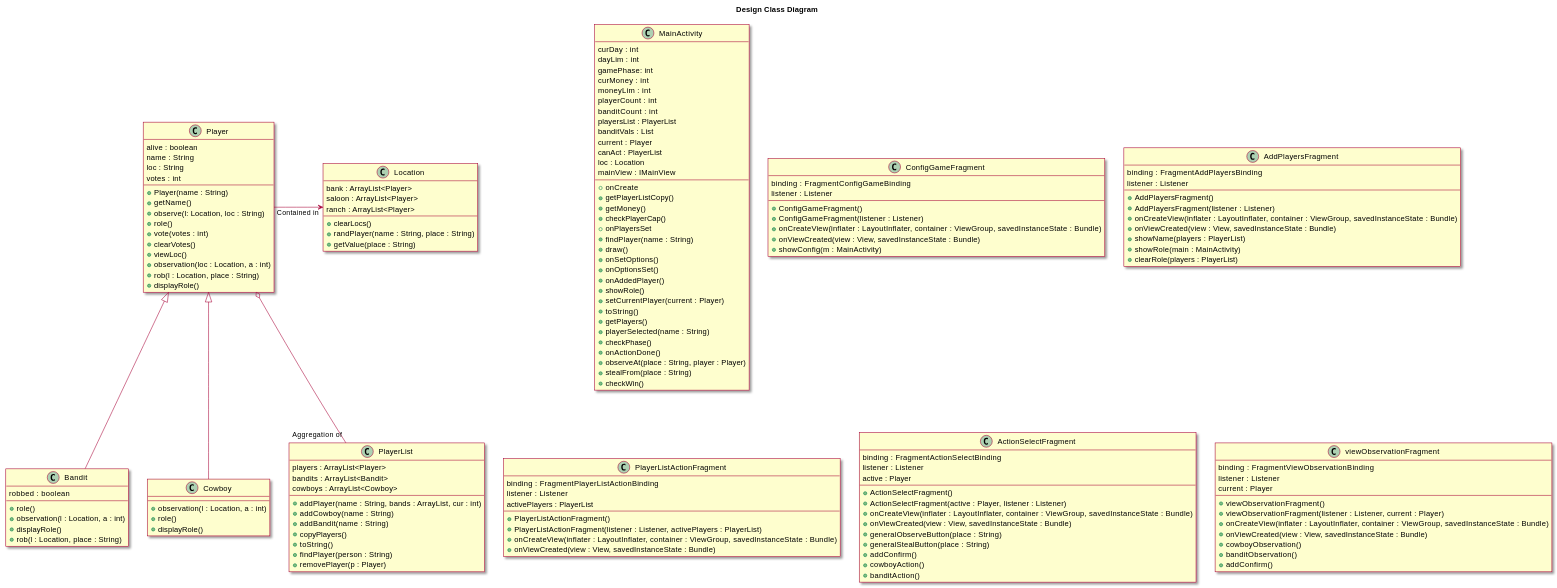
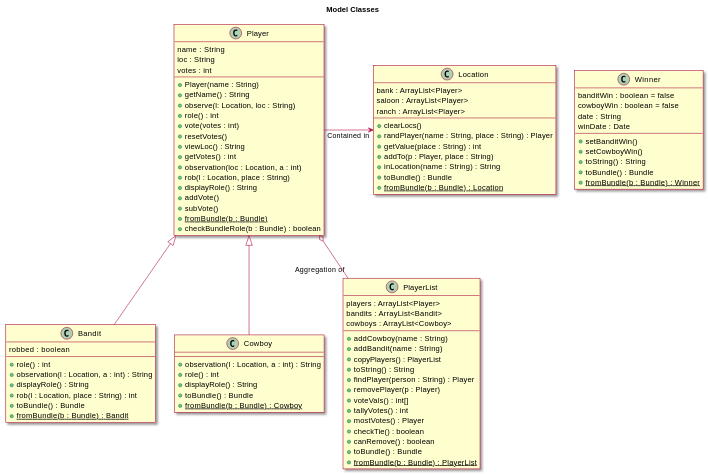
Before and after one commit to DeannaLC/AndroidProject: the sixth of 7 diagrams in intellij/doc/design.md, drawn with PlantUML. The commit also changed 35 other files, not shown here.

Commit message:
full game loop working, javadoc, working on class diagrams

````diff
--- a/intellij/doc/design.md
+++ b/intellij/doc/design.md
@@ -101,79 +185,50 @@
 ```plantuml
 
-title Design Class Diagram
+title Model Classes
 skin rose
 
 hide empty methods
 
-class MainActivity{
-curDay : int
-dayLim : int
-gamePhase: int
-curMoney : int
-moneyLim : int
-playerCount : int
-banditCount : int
-playersList : PlayerList
-banditVals : List
-current : Player
-canAct : PlayerList
-loc : Location
-mainView : IMainView
---
-+onCreate
-+getPlayerListCopy()
-+getMoney()
-+checkPlayerCap()
-+onPlayersSet
-+findPlayer(name : String)
-+draw()
-+onSetOptions()
-+onOptionsSet()
-+onAddedPlayer()
-+showRole()
-+setCurrentPlayer(current : Player)
-+toString()
-+getPlayers()
-+playerSelected(name : String)
-+checkPhase()
-+onActionDone()
-+observeAt(place : String, player : Player)
-+stealFrom(place : String)
-+checkWin()
-}
-
 Class Player{
-alive : boolean
 name : String
 loc : String
 votes : int
 --
 +Player(name : String)
-+getName()
++getName() : String
 +observe(l: Location, loc : String)
-+role()
++role() : int
 +vote(votes : int)
-+clearVotes()
-+viewLoc()
++resetVotes()
++viewLoc() : String
++getVotes() : int
 +observation(loc : Location, a : int)
 +rob(l : Location, place : String)
-+displayRole()
++displayRole() : String
++addVote()
++subVote()
+{static} +fromBundle(b : Bundle)
++checkBundleRole(b : Bundle) : boolean
 }
 
 class Bandit{
 robbed : boolean
 --
-+role()
-+observation(l : Location, a : int)
-+displayRole()
-+rob(l : Location, place : String)
++role() : int
++observation(l : Location, a : int) : String
++displayRole() : String
++rob(l : Location, place : String) : int
++toBundle() : Bundle
+{static} + fromBundle(b : Bundle) : Bandit
 }
 
 class Cowboy{
 --
-+observation(l : Location, a : int)
-+role()
-+displayRole()
++observation(l : Location, a : int) : String
++role() : int
++displayRole() : String
++toBundle() : Bundle
+{static} +fromBundle(b : Bundle) : Cowboy
 }
 
 class PlayerList{
@@ -181,13 +236,19 @@
 bandits : ArrayList<Bandit>
 cowboys : ArrayList<Cowboy>
 --
-+addPlayer(name : String, bands : ArrayList, cur : int)
 +addCowboy(name : String)
 +addBandit(name : String)
-+copyPlayers()
-+toString()
-+findPlayer(person : String)
++copyPlayers() : PlayerList
++toString() : String
++findPlayer(person : String) : Player
 +removePlayer(p : Player)
++voteVals() : int[]
++tallyVotes() : int
++mostVotes() : Player
++checkTie() : boolean
++canRemove() : boolean
++toBundle() : Bundle
+{static} +fromBundle(b : Bundle) : PlayerList
 }
 
 class Location{
@@ -196,73 +257,25 @@
 ranch : ArrayList<Player>
 --
 +clearLocs()
-+randPlayer(name : String, place : String)
-+getValue(place : String)
++randPlayer(name : String, place : String) : Player
++getValue(place : String) : int
++addTo(p : Player, place : String)
++inLocation(name : String) : String
++toBundle() : Bundle
+{static} +fromBundle(b : Bundle) : Location
 }
 
-class ConfigGameFragment{
-binding : FragmentConfigGameBinding
-listener : Listener
+class Winner{
+banditWin : boolean = false
+cowboyWin : boolean = false
+date : String
+winDate : Date
 --
-+ConfigGameFragment()
-+ConfigGameFragment(listener : Listener)
-+onCreateView(inflater : LayoutInflater, container : ViewGroup, savedInstanceState : Bundle)
-+onViewCreated(view : View, savedInstanceState : Bundle)
-+showConfig(m : MainActivity)
-}
-
-class AddPlayersFragment{
-binding : FragmentAddPlayersBinding
-listener : Listener
---
-+AddPlayersFragment()
-+AddPlayersFragment(listener : Listener)
-+onCreateView(inflater : LayoutInflater, container : ViewGroup, savedInstanceState : Bundle)
-+onViewCreated(view : View, savedInstanceState : Bundle)
-+showName(players : PlayerList)
-+showRole(main : MainActivity)
-+clearRole(players : PlayerList)
-}
-
-class PlayerListActionFragment{
-binding : FragmentPlayerListActionBinding
-listener : Listener
-activePlayers : PlayerList
---
-+PlayerListActionFragment()
-+PlayerListActionFragment(listener : Listener, activePlayers : PlayerList)
-+onCreateView(inflater : LayoutInflater, container : ViewGroup, savedInstanceState : Bundle)
-+onViewCreated(view : View, savedInstanceState : Bundle)
-}
-
-class ActionSelectFragment{
-binding : FragmentActionSelectBinding
-listener : Listener
-active : Player
---
-+ActionSelectFragment()
-+ActionSelectFragment(active : Player, listener : Listener)
-+onCreateView(inflater : LayoutInflater, container : ViewGroup, savedInstanceState : Bundle)
-+onViewCreated(view : View, savedInstanceState : Bundle)
-+generalObserveButton(place : String)
-+generalStealButton(place : String)
-+addConfirm()
-+cowboyAction()
-+banditAction()
-}
-
-class viewObservationFragment{
-binding : FragmentViewObservationBinding
-listener : Listener
-current : Player
---
-+viewObservationFragment()
-+viewObservationFragment(listener : Listener, current : Player)
-+onCreateView(inflater : LayoutInflater, container : ViewGroup, savedInstanceState : Bundle)
-+onViewCreated(view : View, savedInstanceState : Bundle)
-+cowboyObservation()
-+banditObservation()
-+addConfirm()
++setBanditWin()
++setCowboyWin()
++toString() : String
++toBundle() : Bundle
+{static} +fromBundle(b : Bundle) : Winner
 }
 
 Player o-- "Aggregation of" PlayerList: \t\t
````
